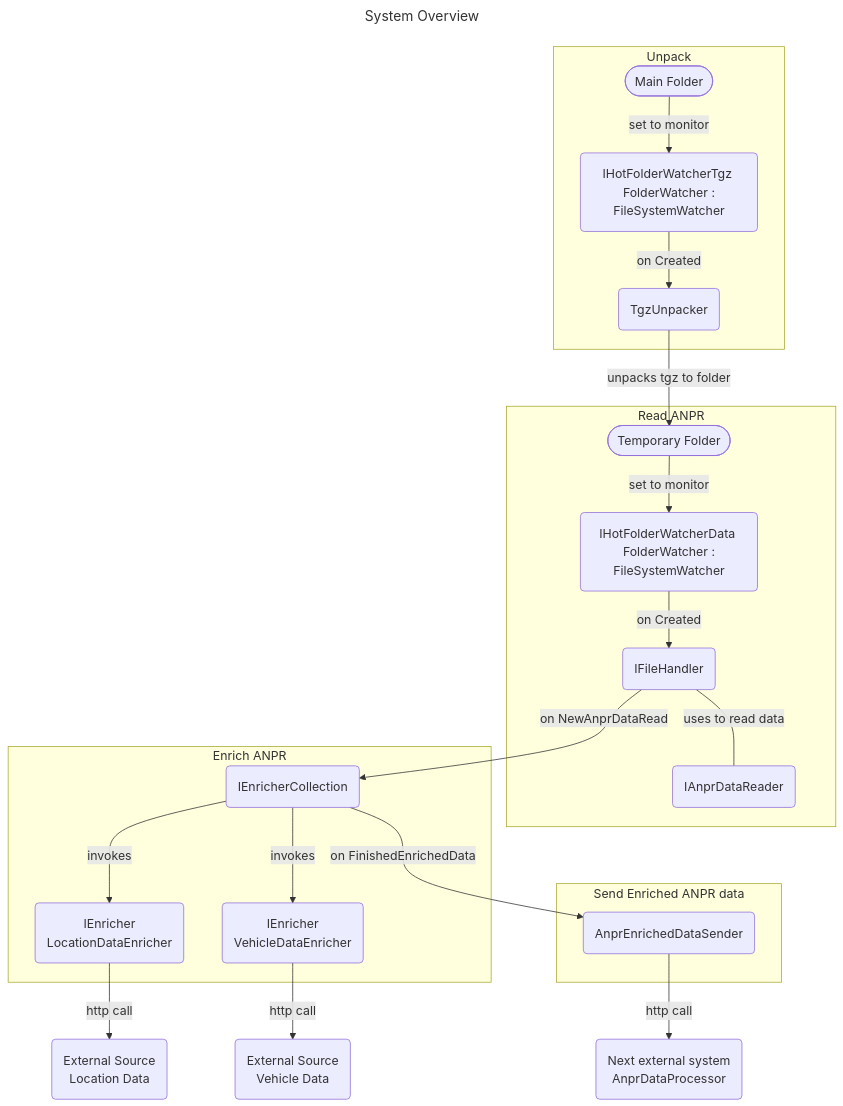
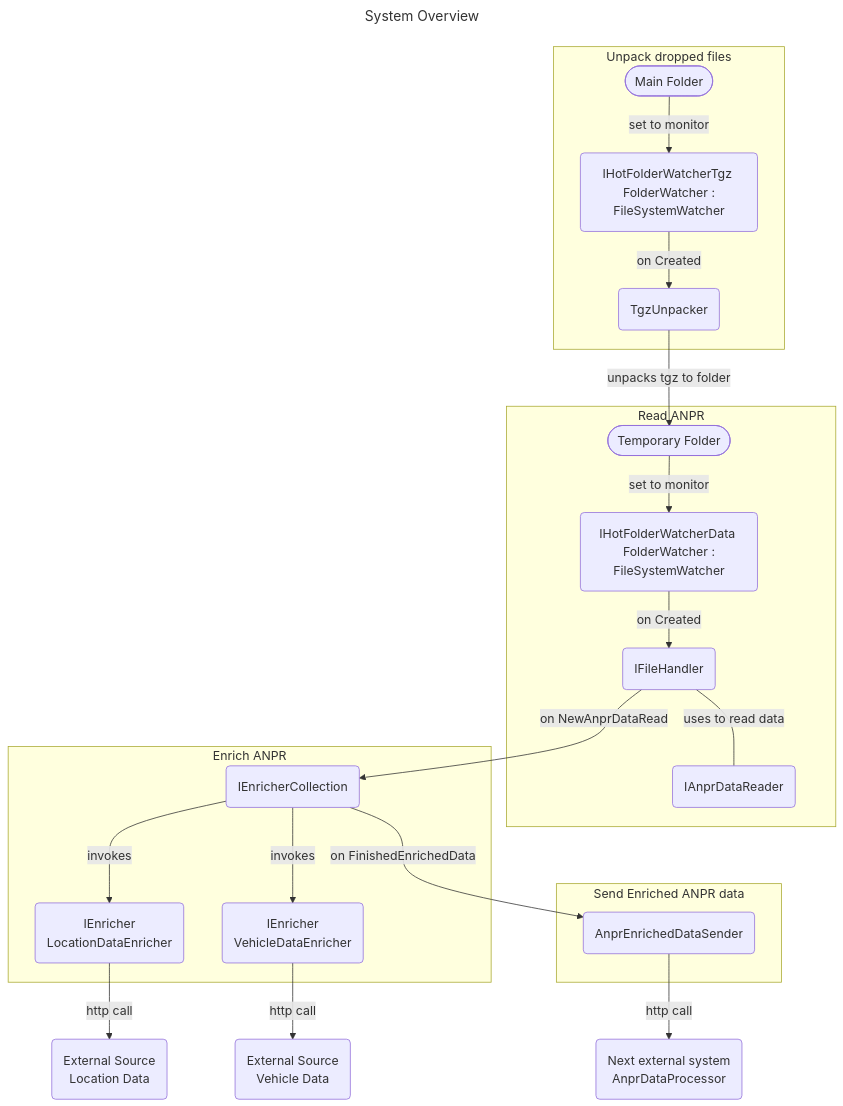
One commit to timvdven/PolAssessment changed the diagram in PolAssessment/AnprEnricher.App/README.md. Above: the diagram before and after it, drawn with Mermaid. The commit also changed other lines of this file and 7 other files, not shown here.

````diff
--- a/PolAssessment/AnprEnricher.App/README.md
+++ b/PolAssessment/AnprEnricher.App/README.md
@@ -15,46 +16,46 @@
 ```mermaid
 ---
 title: System Overview
 ---
 graph TD;
-    subgraph Unpack
+    subgraph Unpack dropped files
       A([Main Folder])
-      B(IHotFolderWatcherTgz \n FolderWatcher : FileSystemWatcher)
+      B(IHotFolderWatcherTgz <br> FolderWatcher : FileSystemWatcher)
       C(TgzUnpacker)
 
       A -- set to monitor --> B
       B -- on Created --> C
     end
     subgraph Read ANPR
         D([Temporary Folder])
-        E(IHotFolderWatcherData \n FolderWatcher : FileSystemWatcher)
+        E(IHotFolderWatcherData <br> FolderWatcher : FileSystemWatcher)
         G(IAnprDataReader)
         F(IFileHandler)
 
         D -- set to monitor --> E
         E -- on Created --> F
         C -- unpacks tgz to folder --> D
         F -- uses to read data --- G
     end
     subgraph Enrich ANPR
         H(IEnricherCollection)
-        I(IEnricher \n LocationDataEnricher)
-        J(IEnricher \n VehicleDataEnricher)
+        I(IEnricher<br>LocationDataEnricher)
+        J(IEnricher<br>VehicleDataEnricher)
 
         F -- on NewAnprDataRead --> H
         H -- invokes --> I
         H -- invokes --> J
     end
-    L(External Source \n Location Data)
-    M(External Source \n Vehicle Data)
+    L(External Source<br>Location Data)
+    M(External Source<br>Vehicle Data)
 
     I -- http call --> L
     J -- http call --> M
     subgraph Send Enriched ANPR data
         Z(AnprEnrichedDataSender)
         H -- on FinishedEnrichedData --> Z
     end
 
-    NEXT(Next external system \n AnprDataProcessor)
+    NEXT(Next external system<br>AnprDataProcessor)
     Z -- http call --> NEXT
 ```
````
